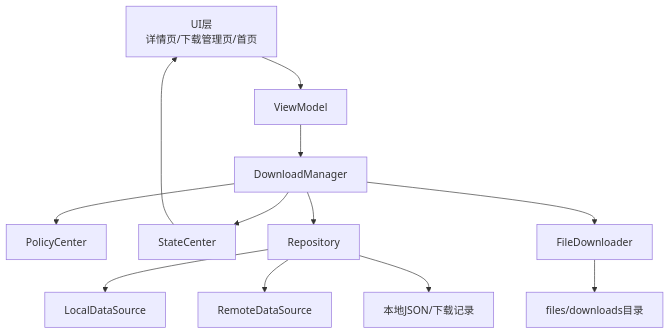
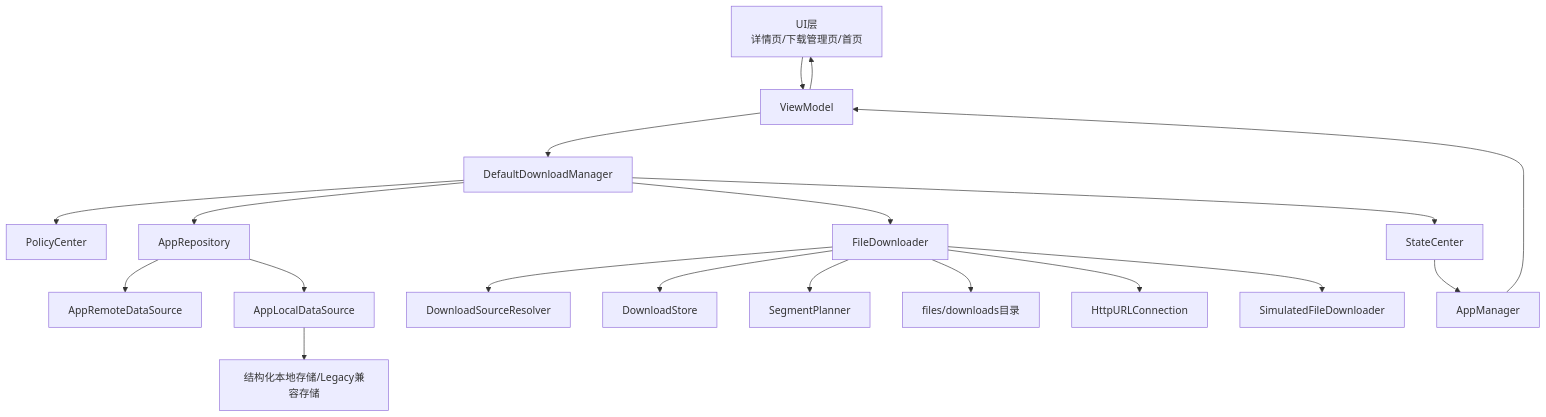
The first of 6 diagrams in docs/09-下载模块架构与流程.md (XZQ/CarAppStore), drawn with Mermaid before and after one commit. The commit also changed other lines of this file and 35 other files, not shown here.

Commit message:
docs: reorganize architecture docs and handoff guide

````diff
--- a/docs/09-下载模块架构与流程.md
+++ b/docs/09-下载模块架构与流程.md
@@ -37,19 +43,26 @@
 ```mermaid
 flowchart TD
 
 UI[UI层\n详情页/下载管理页/首页] --> VM[ViewModel]
-VM --> DM[DownloadManager]
+VM --> DM[DefaultDownloadManager]
 
 DM --> PC[PolicyCenter]
 DM --> SC[StateCenter]
-DM --> REPO[Repository]
+DM --> REPO[AppRepository]
 DM --> FD[FileDownloader]
 
-REPO --> LOCAL[LocalDataSource]
-REPO --> REMOTE[RemoteDataSource]
-REPO --> STORE[本地JSON/下载记录]
+REPO --> REMOTE[AppRemoteDataSource]
+REPO --> LOCAL[AppLocalDataSource]
+LOCAL --> STORE[结构化本地存储/Legacy兼容存储]
 
+FD --> DSR[DownloadSourceResolver]
+FD --> DS[DownloadStore]
+FD --> SP[SegmentPlanner]
 FD --> FILES[files/downloads目录]
+FD --> NET[HttpURLConnection]
+FD --> FALLBACK[SimulatedFileDownloader]
 
-SC --> UI
+SC --> AM[AppManager]
+AM --> VM
+VM --> UI
 ```
````
